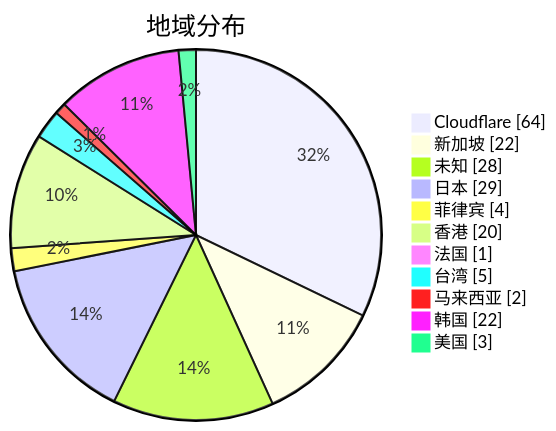
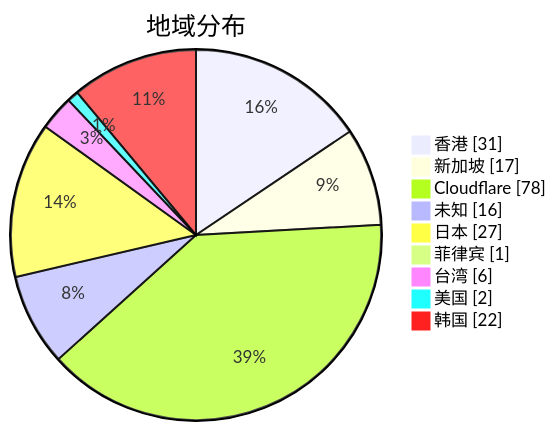
The second of 3 diagrams in subs/statistics/tested_within.md (qjlxg/airport), drawn with Mermaid before and after one commit. The commit also changed other lines of this file and 2 other files, not shown here.

Commit message:
Tested by metaST

````diff
--- a/subs/statistics/tested_within.md
+++ b/subs/statistics/tested_within.md
@@ -12,15 +12,13 @@
 ```mermaid
 pie showData
 title 地域分布
-"Cloudflare" : 64
-"新加坡" : 22
-"未知" : 28
-"日本" : 29
-"菲律宾" : 4
-"香港" : 20
-"法国" : 1
-"台湾" : 5
-"马来西亚" : 2
+"香港" : 31
+"新加坡" : 17
+"Cloudflare" : 78
+"未知" : 16
+"日本" : 27
+"菲律宾" : 1
+"台湾" : 6
+"美国" : 2
 "韩国" : 22
-"美国" : 3
 ```
````
